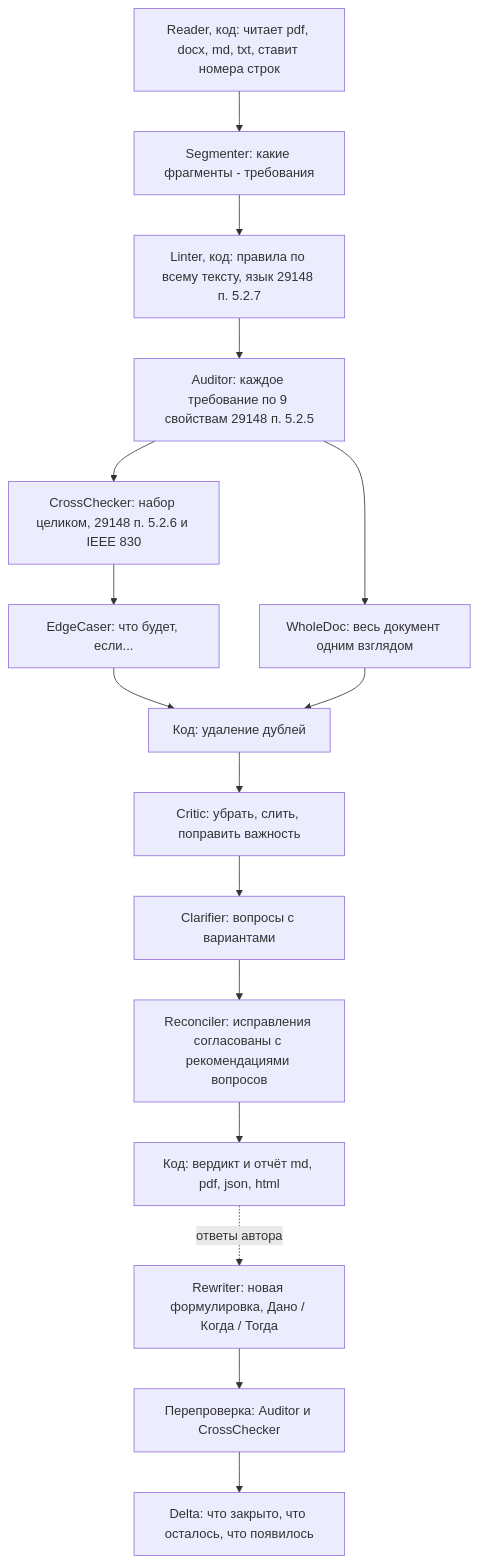
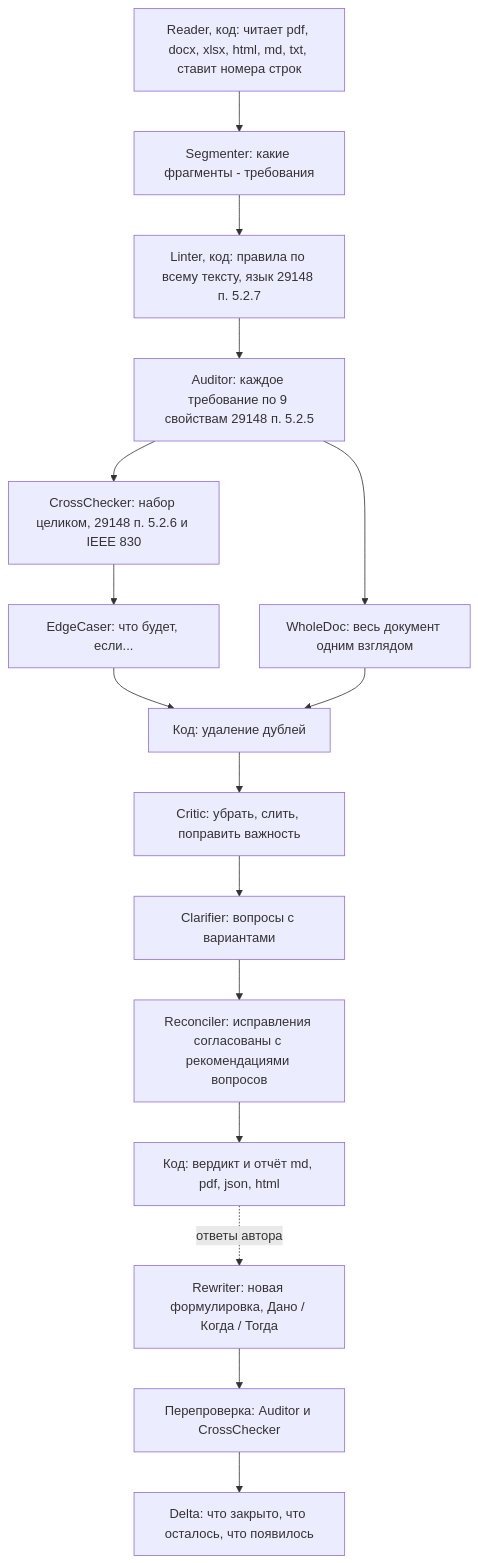
The diagram in README.md (l9kk/reqcheck), drawn with Mermaid before and after one commit. The commit also changed other lines of this file and 6 other files, not shown here.

Commit message:
Reader: .xlsx and .html input, with tests

````diff
--- a/README.md
+++ b/README.md
@@ -150,18 +150,18 @@
 ```mermaid
 flowchart TD
-    R["Reader, код: читает pdf, docx, md, txt, ставит номера строк"]
+    R["Reader, код: читает pdf, docx, xlsx, html, md, txt, ставит номера строк"]
     R --> S["Segmenter: какие фрагменты - требования"]
     S --> L["Linter, код: правила по всему тексту, язык 29148 п. 5.2.7"]
     L --> A["Auditor: каждое требование по 9 свойствам 29148 п. 5.2.5"]
     A --> X["CrossChecker: набор целиком, 29148 п. 5.2.6 и IEEE 830"]
     X --> E["EdgeCaser: что будет, если..."]
     A --> W["WholeDoc: весь документ одним взглядом"]
     E & W --> U["Код: удаление дублей"]
     U --> C["Critic: убрать, слить, поправить важность"]
     C --> Q["Clarifier: вопросы с вариантами"]
     Q --> RC2["Reconciler: исправления согласованы с рекомендациями вопросов"]
     RC2 --> P["Код: вердикт и отчёт md, pdf, json, html"]
     P -.->|ответы автора| RW["Rewriter: новая формулировка, Дано / Когда / Тогда"]
     RW --> RC["Перепроверка: Auditor и CrossChecker"]
     RC --> DL["Delta: что закрыто, что осталось, что появилось"]
 ```
````
